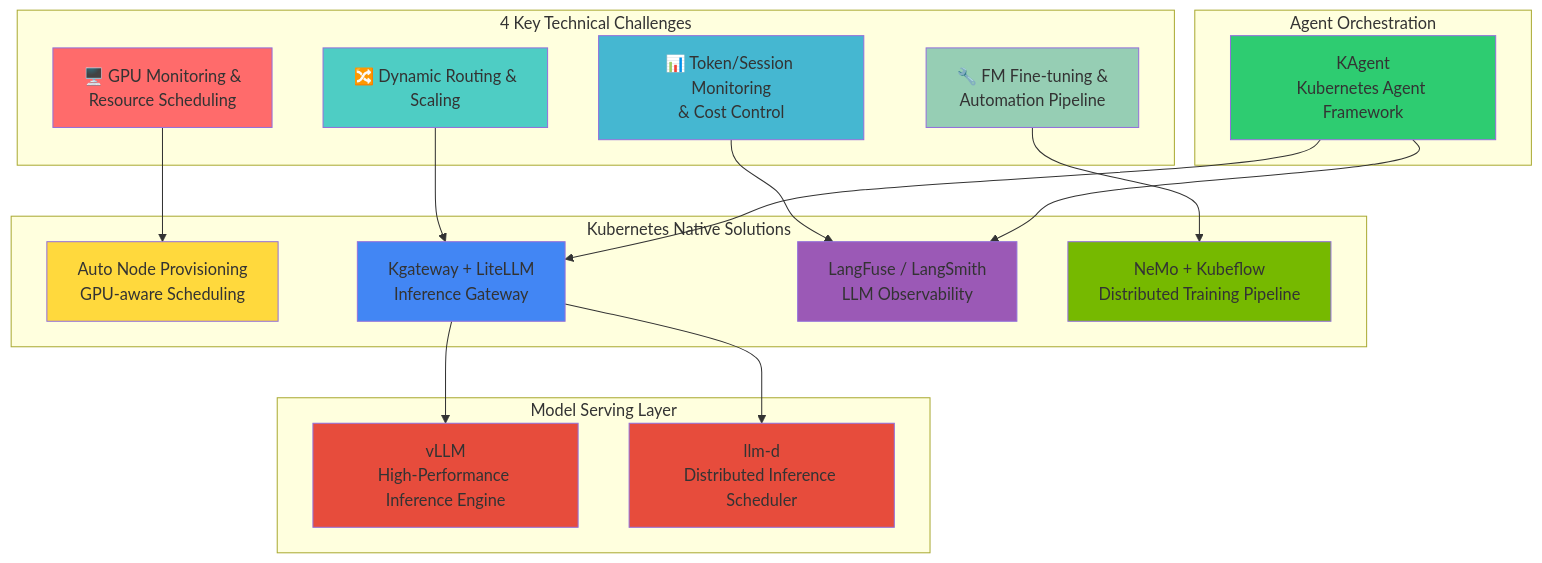
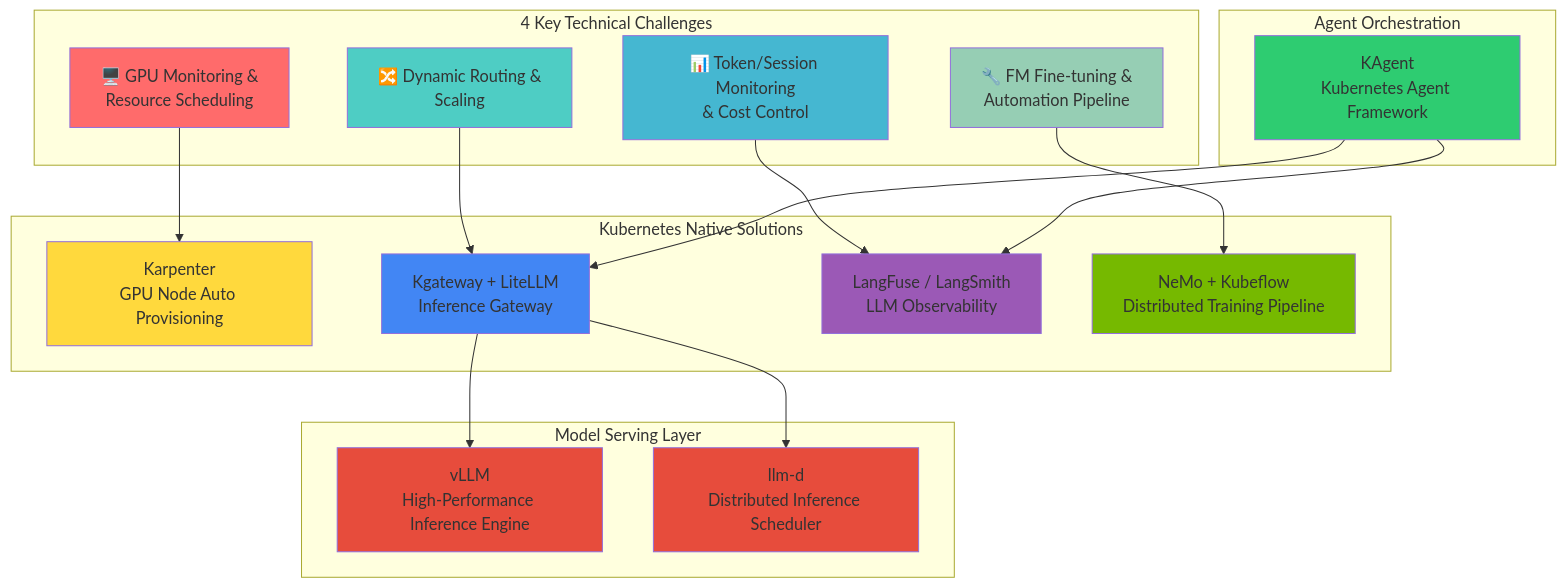
The fourth of 16 diagrams in i18n/en/docusaurus-plugin-content-docs/current/agentic-ai-platform/agentic-ai-challenges.md (devfloor9/engineering-playbook), drawn with Mermaid before and after one commit. The commit also changed other lines of this file and 1 other file, not shown here.

````diff
--- a/i18n/en/docusaurus-plugin-content-docs/current/agentic-ai-platform/agentic-ai-challenges.md
+++ b/i18n/en/docusaurus-plugin-content-docs/current/agentic-ai-platform/agentic-ai-challenges.md
@@ -164,47 +164,47 @@
 ```mermaid
 graph TB
     subgraph "4 Key Technical Challenges"
         C1["🖥️ GPU Monitoring &<br/>Resource Scheduling"]
         C2["🔀 Dynamic Routing &<br/>Scaling"]
         C3["📊 Token/Session Monitoring<br/>& Cost Control"]
         C4["🔧 FM Fine-tuning &<br/>Automation Pipeline"]
     end
 
     subgraph "Kubernetes Native Solutions"
-        S1["Auto Node Provisioning<br/>GPU-aware Scheduling"]
+        S1["Karpenter<br/>GPU Node Auto Provisioning"]
         S2["Kgateway + LiteLLM<br/>Inference Gateway"]
         S3["LangFuse / LangSmith<br/>LLM Observability"]
         S4["NeMo + Kubeflow<br/>Distributed Training Pipeline"]
     end
 
     subgraph "Model Serving Layer"
         VLLM["vLLM<br/>High-Performance Inference Engine"]
         LLMD["llm-d<br/>Distributed Inference Scheduler"]
     end
 
     subgraph "Agent Orchestration"
         KAGENT["KAgent<br/>Kubernetes Agent Framework"]
     end
 
     C1 --> S1
     C2 --> S2
     C3 --> S3
     C4 --> S4
 
     S2 --> VLLM
     S2 --> LLMD
     KAGENT --> S2
     KAGENT --> S3
 
     style C1 fill:#ff6b6b
     style C2 fill:#4ecdc4
     style C3 fill:#45b7d1
     style C4 fill:#96ceb4
     style S1 fill:#ffd93d
     style S2 fill:#4286f4
     style S3 fill:#9b59b6
     style S4 fill:#76b900
     style VLLM fill:#e74c3c
     style LLMD fill:#e74c3c
     style KAGENT fill:#2ecc71
 ```
````
